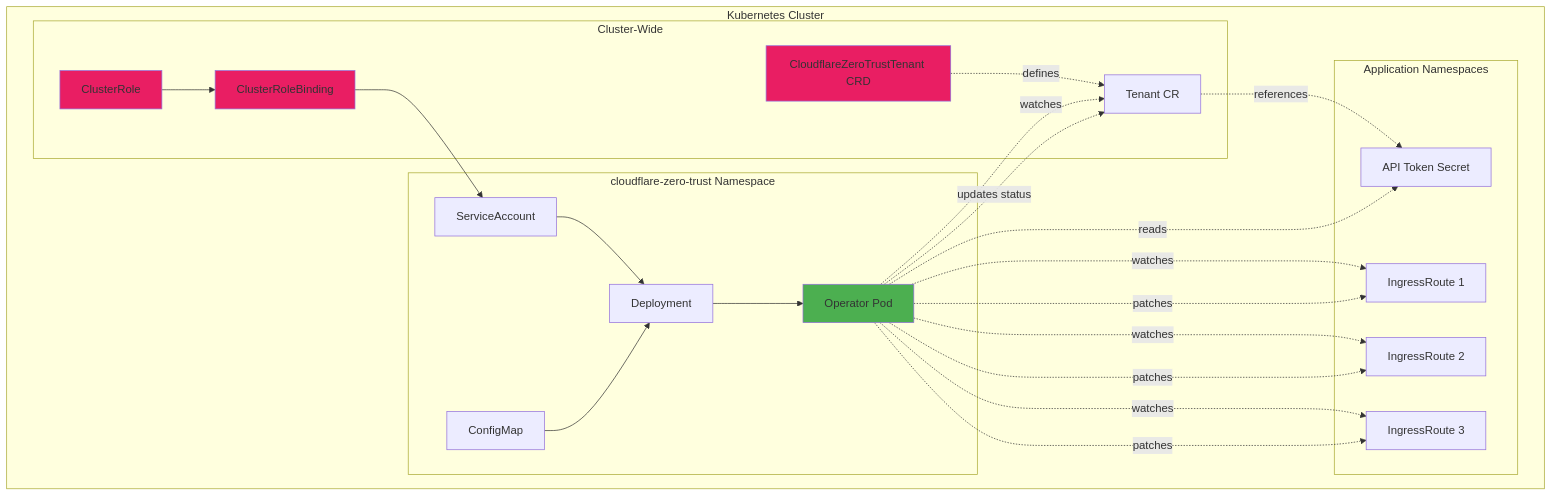
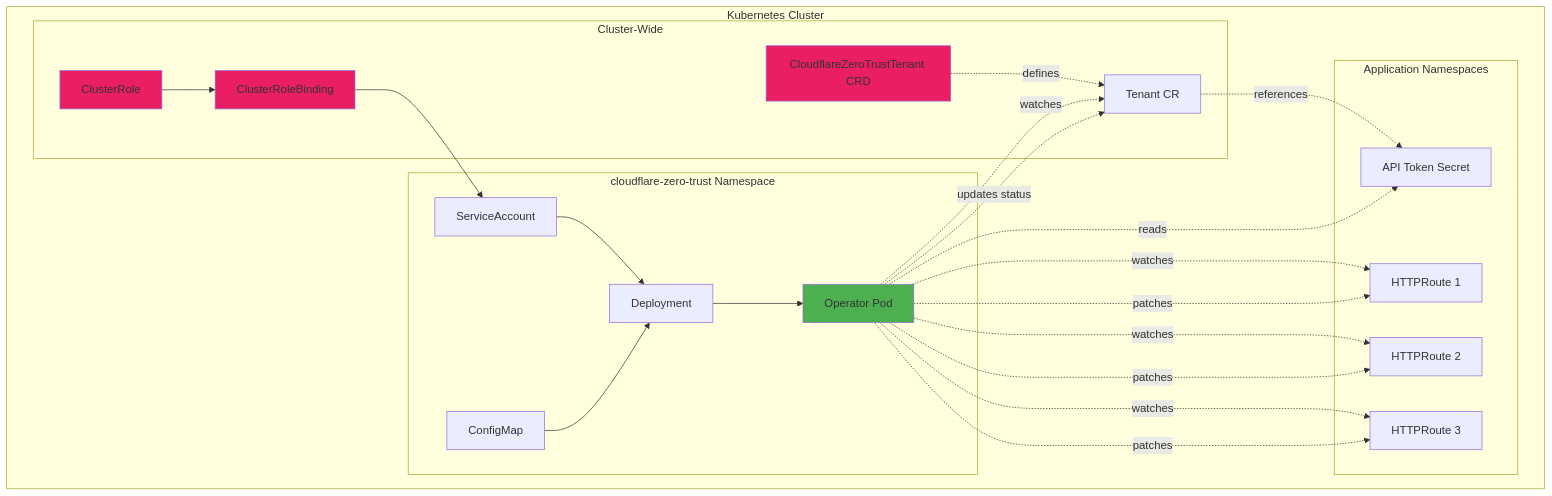
One commit to wheetazlab/cloudflare-zero-trust-operator changed the third of 16 diagrams in docs/architecture.md. Above: the diagram before and after it, drawn with Mermaid. The commit also changed other lines of this file and 24 other files, not shown here.

````diff
--- a/docs/architecture.md
+++ b/docs/architecture.md
@@ -166,50 +166,50 @@
 ```mermaid
 graph TB
     subgraph "Kubernetes Cluster"
         subgraph "cloudflare-zero-trust Namespace"
             SA[ServiceAccount]
             CM[ConfigMap]
             DEP[Deployment]
             POD1[Operator Pod]
             
             SA --> DEP
             CM --> DEP
             DEP --> POD1
         end
         
         subgraph "Cluster-Wide"
             CRD[CloudflareZeroTrustTenant CRD]
             CR1[ClusterRole]
             CRB1[ClusterRoleBinding]
             
             CRD -.defines.-> TENANT1
             CR1 --> CRB1
             CRB1 --> SA
         end
         
         subgraph "Application Namespaces"
             TENANT1[Tenant CR]
             SEC1[API Token Secret]
-            IR1[IngressRoute 1]
-            IR2[IngressRoute 2]
-            IR3[IngressRoute 3]
+            IR1[HTTPRoute 1]
+            IR2[HTTPRoute 2]
+            IR3[HTTPRoute 3]
             
             TENANT1 -.references.-> SEC1
         end
         
         POD1 -.watches.-> TENANT1
         POD1 -.watches.-> IR1
         POD1 -.watches.-> IR2
         POD1 -.watches.-> IR3
         POD1 -.reads.-> SEC1
         POD1 -.patches.-> IR1
         POD1 -.patches.-> IR2
         POD1 -.patches.-> IR3
         POD1 -.updates status.-> TENANT1
     end
     
     style CRD fill:#E91E63
     style CR1 fill:#E91E63
     style CRB1 fill:#E91E63
     style POD1 fill:#4CAF50
 ```
````
